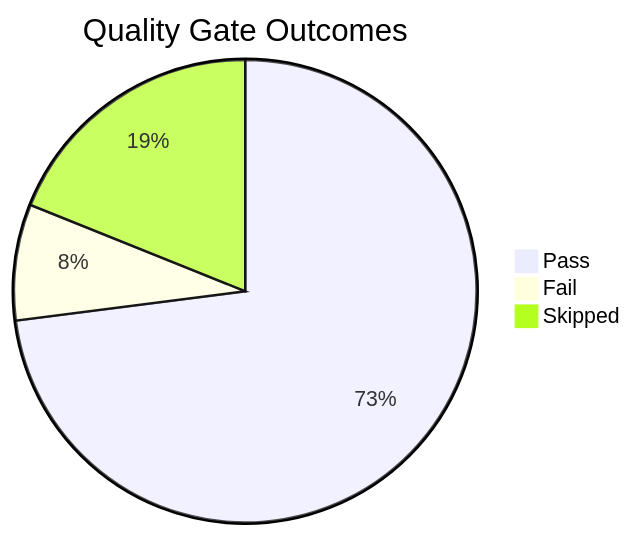
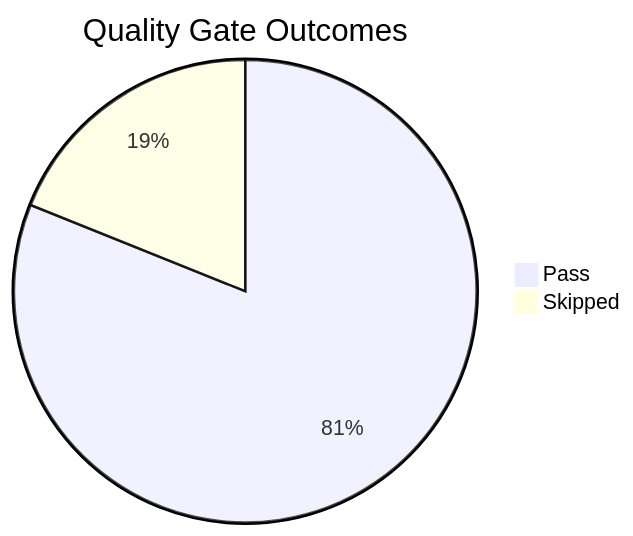
One commit to yeongseon/azure-app-service-practical-guide changed the diagram in docs/meta/golden-status.md. Above: the diagram before and after it, drawn with Mermaid. The commit also changed other lines of this file and 3 other files, not shown here.

````diff
--- a/docs/meta/golden-status.md
+++ b/docs/meta/golden-status.md
@@ -42,6 +42,5 @@
 ```mermaid
 pie title Quality Gate Outcomes
-    "Pass" : 27
-    "Fail" : 3
+    "Pass" : 30
     "Skipped" : 7
 ```
````
